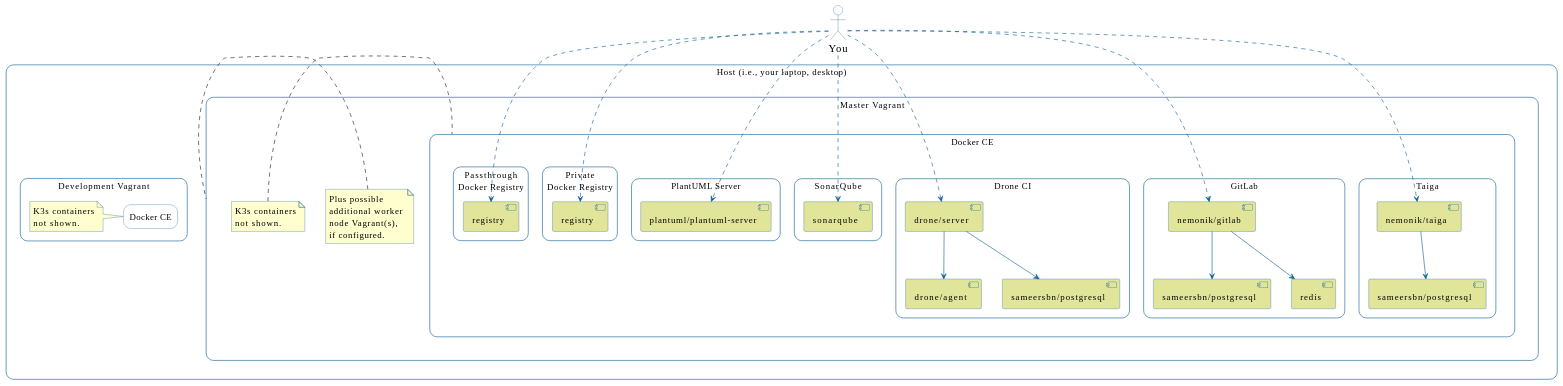
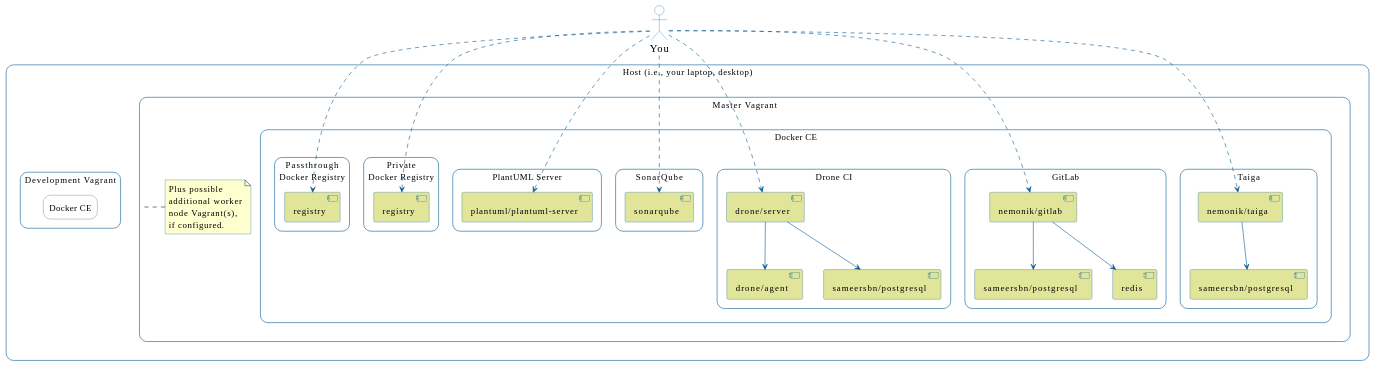
One commit to nemonik/hands-on-DevOps changed the first of 33 diagrams in README.md. Above: the diagram before and after it, drawn with PlantUML.

```diff
--- a/README.md
+++ b/README.md
@@ -616,53 +616,53 @@
 skinparam shadowing false
 
 skinparam actor {
-        BorderColor #0B5C92
-        BackgroundColor none
-        FontName "Yanone Kaffeesatz"
-        FontStyle "Thin"
-        FontSize 18
+  BorderColor #0B5C92
+  BackgroundColor none
+  FontName "Yanone Kaffeesatz"
+  FontStyle "Thin"
+  FontSize 18
 }
 
 skinparam node {
-        BorderColor #0B5C92
-        BackgroundColor #ffffff
-        FontName "Yanone Kaffeesatz"
-        FontStyle "Thin"
-        FontSize 15
+  BorderColor #0B5C92
+  BackgroundColor #ffffff
+  FontName "Yanone Kaffeesatz"
+  FontStyle "Thin"
+  FontSize 15
 }
 
 skinparam rectangle {
-        roundCorner 25
-        BorderColor #0B5C92
-        BackgroundColor #ffffff
-        FontName "Yanone Kaffeesatz"
-        FontStyle "Thin"
-        FontSize 15
+  roundCorner 25
+  BorderColor #0B5C92
+  BackgroundColor #ffffff
+  FontName "Yanone Kaffeesatz"
+  FontStyle "Thin"
+  FontSize 15
 }
 
 skinparam component {
-        BorderColor #0B5C92
-        BackgroundColor #e0e59a
-        FontName "Yanone Kaffeesatz"
-        FontStyle "Thin"
-        FontSize 15
+  BorderColor #0B5C92
+  BackgroundColor #e0e59a
+  FontName "Yanone Kaffeesatz"
+  FontStyle "Thin"
+  FontSize 15
 }
 
 
 skinparam note {
-        BorderColor #0B5C92
-        BackgroundColor #FEFECE
-        FontName "Yanone Kaffeesatz"
-        FontStyle "Thin"
-        FontSize 15
+  BorderColor #0B5C92
+  BackgroundColor #FEFECE
+  FontName "Yanone Kaffeesatz"
+  FontStyle "Thin"
+  FontSize 15
 }
 
 skinparam database {
-        BorderColor #0B5C92
-        BackgroundColor #e0e59a
-        FontName "Yanone Kaffeesatz"
-        FontStyle "Thin"
-        FontSize 15
+  BorderColor #0B5C92
+  BackgroundColor #e0e59a
+  FontName "Yanone Kaffeesatz"
+  FontStyle "Thin"
+  FontSize 15
 }
 
 actor "You" as you
@@ -671,65 +671,55 @@
 
   rectangle "Master Vagrant" as master {
 
-	  rectangle "Docker CE" as docker1 {
+    rectangle "Docker CE" as docker1 {
 
-			rectangle "Taiga" {
-				component "nemonik/taiga" as taiga
+      rectangle "Taiga" {
+        component "nemonik/taiga" as taiga
         component "sameersbn/postgresql" as taiga_postgresql
-			}
+      }
 
-			rectangle "GitLab" {
-				component "nemonik/gitlab" as gitlab
-			  component "sameersbn/postgresql" as gitlab_postgresql
+      rectangle "GitLab" {
+        component "nemonik/gitlab" as gitlab
+        component "sameersbn/postgresql" as gitlab_postgresql
         component "redis" as gitlab_redis
-			}
+      }
 
-			rectangle "Drone CI" {
-		    component "drone/server" as drone_server
-    		component "drone/agent" as drone_agent
+      rectangle "Drone CI" {
+        component "drone/server" as drone_server
+        component "drone/agent" as drone_agent
         component "sameersbn/postgresql" as drone_postgresql
-			}
+      }
 
-			rectangle "SonarQube" {
-				component "sonarqube" as sonarqube
-			}
-  
-			rectangle "PlantUML Server" {
-				component "plantuml/plantuml-server" as plantuml_server
-			}
+      rectangle "SonarQube" {
+        component "sonarqube" as sonarqube
+      }
 
-			rectangle "Private\nDocker Registry" {
-				component "registry" as private_registry
-			}
+      rectangle "PlantUML Server" {
+        component "plantuml/plantuml-server" as plantuml_server
+      }
+
+      rectangle "Private\nDocker Registry" {
+        component "registry" as private_registry
+      }
 
       rectangle "Passthrough\nDocker Registry" {
-				component "registry" as passthrough_registry
-			}
-
-		}
+        component "registry" as passthrough_registry
+      }
+    }
 
     note left of master
-      Plus possible 
-      additional worker 
-      node Vagrant(s), 
+      Plus possible
+      additional worker
+      node Vagrant(s),
       if configured.
     end note
 
-		note left of docker1
-			K3s containers
-			not shown.
-		end note
-	}
+  }
 
-	rectangle "Development Vagrant" {
-		rectangle "Docker CE" as docker2 {
-		}
-
-    note left of docker2
-      K3s containers
-      not shown.
-    end note
-	}
+  rectangle "Development Vagrant" {
+     rectangle "Docker CE" as docker2 {
+     }
+  }
 }
 
 taiga -[#0B5C92]-> taiga_postgresql
```
